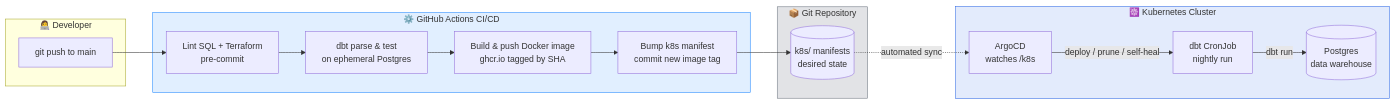
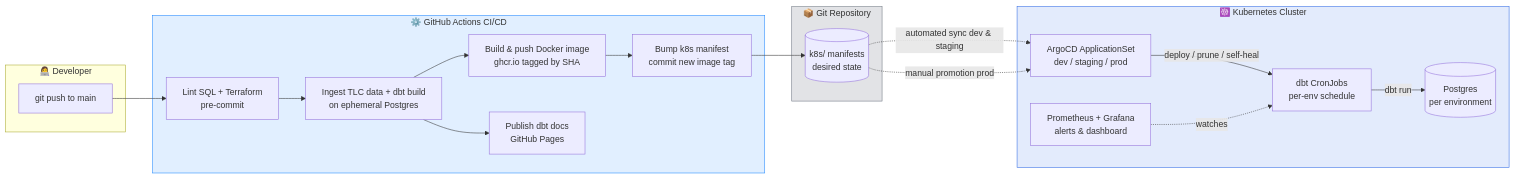
Before and after one commit to yvan-ai/GreenTaxi-GitOps-Pipeline: the diagram in README.md, drawn with Mermaid. The commit also changed other lines of this file and 2 other files, not shown here.

Commit message:
docs: complete roadmap - architecture, ADR 0003, README overhaul

````diff
--- a/README.md
+++ b/README.md
@@ -18,32 +18,37 @@
 ```mermaid
 flowchart LR
     subgraph DEV["👩‍💻 Developer"]
         A[git push to main]
     end
 
     subgraph GHA["⚙️ GitHub Actions CI/CD"]
         B[Lint SQL + Terraform<br/>pre-commit]
-        C[dbt parse & test<br/>on ephemeral Postgres]
+        C[Ingest TLC data + dbt build<br/>on ephemeral Postgres]
         D[Build & push Docker image<br/>ghcr.io tagged by SHA]
         E[Bump k8s manifest<br/>commit new image tag]
+        P[Publish dbt docs<br/>GitHub Pages]
     end
 
     subgraph GIT["📦 Git Repository"]
         F[(k8s/ manifests<br/>desired state)]
     end
 
     subgraph K8S["☸️ Kubernetes Cluster"]
-        G[ArgoCD<br/>watches /k8s]
-        H[dbt CronJob<br/>nightly run]
-        I[(Postgres<br/>data warehouse)]
+        G[ArgoCD ApplicationSet<br/>dev / staging / prod]
+        H[dbt CronJobs<br/>per-env schedule]
+        I[(Postgres<br/>per environment)]
+        M[Prometheus + Grafana<br/>alerts & dashboard]
     end
 
     A --> B --> C --> D --> E --> F
-    F -.automated sync.-> G
+    C --> P
+    F -.automated sync dev & staging.-> G
+    F -.manual promotion prod.-> G
     G -->|deploy / prune / self-heal| H
     H -->|dbt run| I
+    M -.watches.-> H
 
     style GHA fill:#2088FF22,stroke:#2088FF
     style K8S fill:#326CE522,stroke:#326CE5
     style GIT fill:#6e768133,stroke:#6e7681
 ```
````
